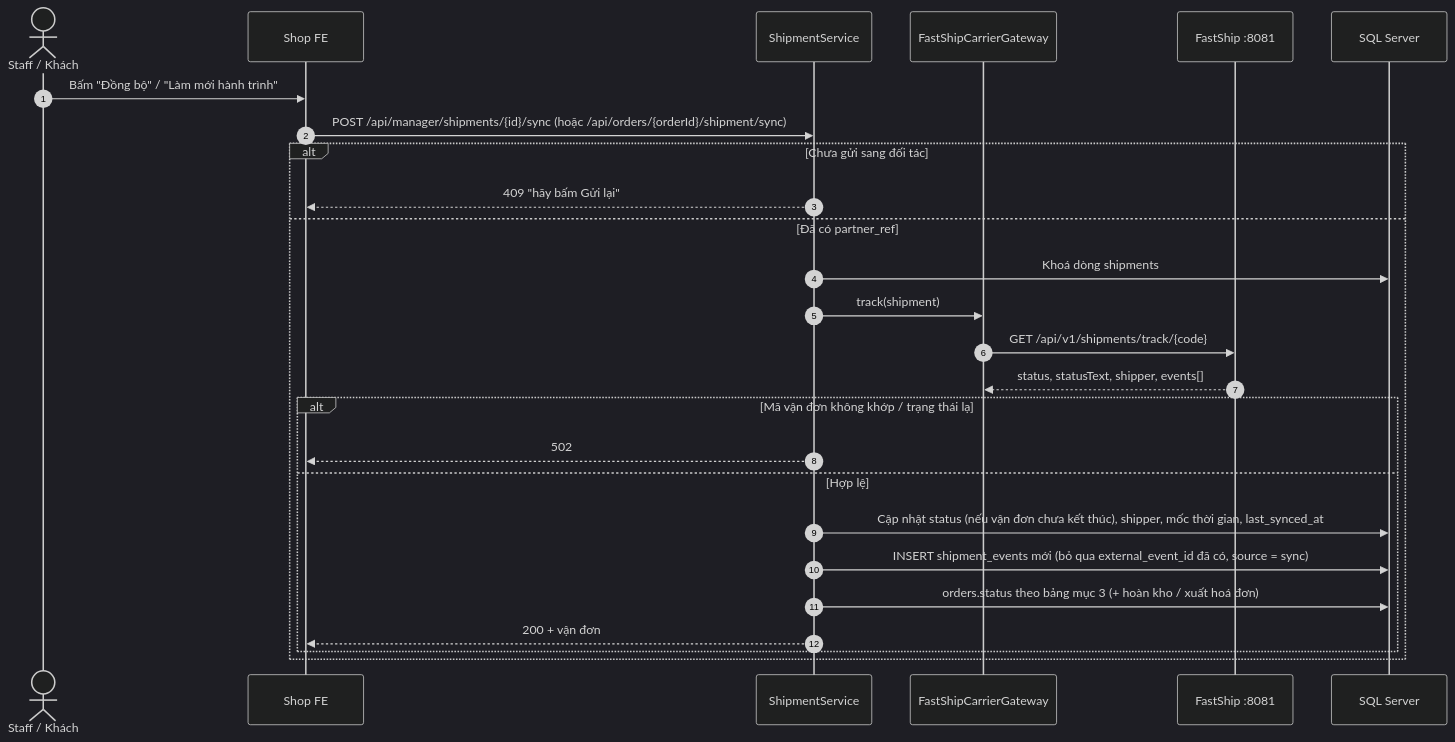
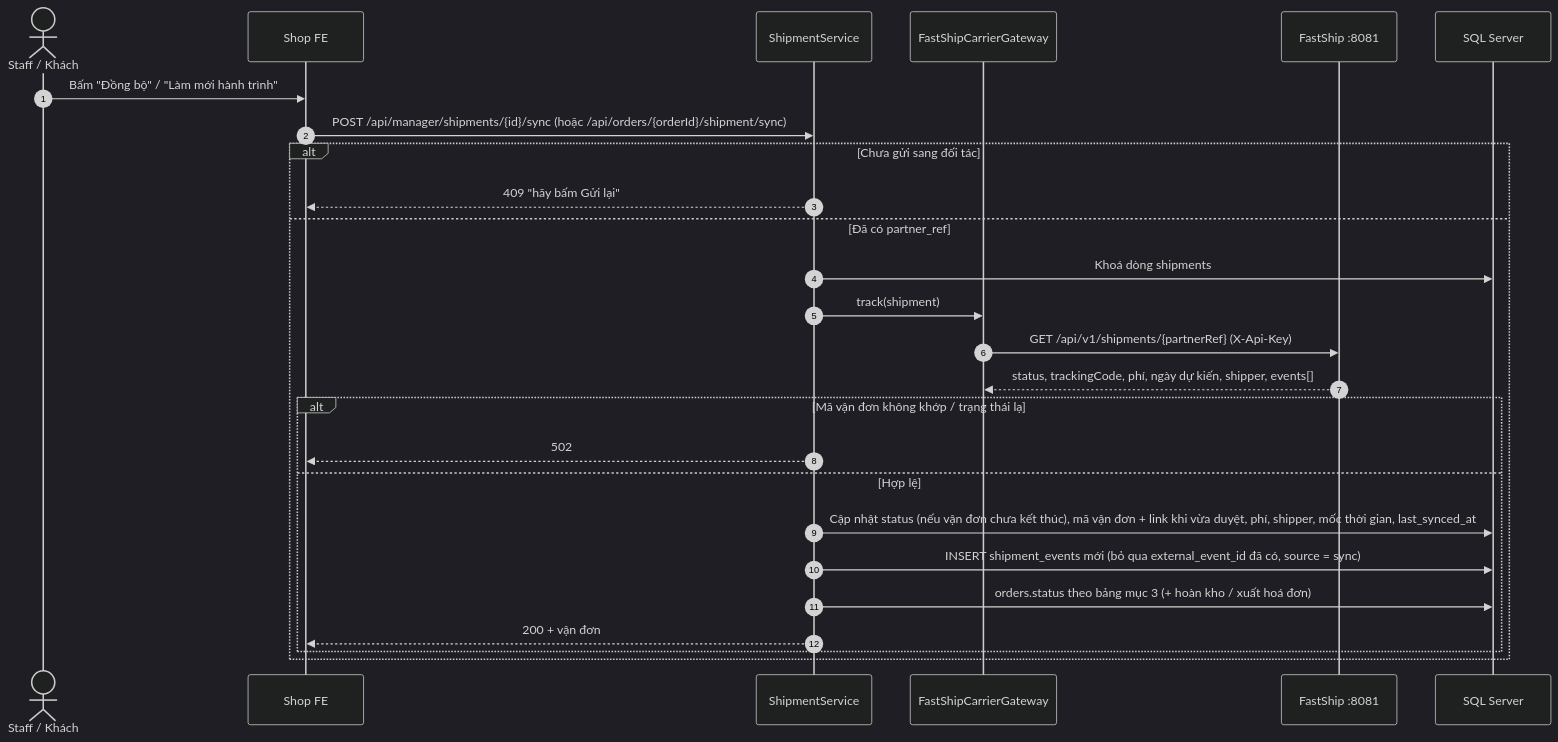
The fourth of 5 diagrams in documents/module/shipping/flow.md (Tommy217/SBA301_BadmintonShop_SE1986-JV), drawn with Mermaid (dark theme) before and after one commit. The commit also changed other lines of this file and 64 other files, not shown here.

````diff
--- a/documents/module/shipping/flow.md
+++ b/documents/module/shipping/flow.md
@@ -97,29 +127,29 @@
 ```mermaid
 sequenceDiagram
     autonumber
     actor User as Staff / Khách
     participant FE as Shop FE
     participant BE as ShipmentService
     participant GW as FastShipCarrierGateway
     participant FS as FastShip :8081
     participant DB as SQL Server
 
     User->>FE: Bấm "Đồng bộ" / "Làm mới hành trình"
     FE->>BE: POST /api/manager/shipments/{id}/sync (hoặc /api/orders/{orderId}/shipment/sync)
     alt Chưa gửi sang đối tác
         BE-->>FE: 409 "hãy bấm Gửi lại"
     else Đã có partner_ref
         BE->>DB: Khoá dòng shipments
         BE->>GW: track(shipment)
-        GW->>FS: GET /api/v1/shipments/track/{code}
-        FS-->>GW: status, statusText, shipper, events[]
+        GW->>FS: GET /api/v1/shipments/{partnerRef} (X-Api-Key)
+        FS-->>GW: status, trackingCode, phí, ngày dự kiến, shipper, events[]
         alt Mã vận đơn không khớp / trạng thái lạ
             BE-->>FE: 502
         else Hợp lệ
-            BE->>DB: Cập nhật status (nếu vận đơn chưa kết thúc), shipper, mốc thời gian, last_synced_at
+            BE->>DB: Cập nhật status (nếu vận đơn chưa kết thúc), mã vận đơn + link khi vừa duyệt, phí, shipper, mốc thời gian, last_synced_at
             BE->>DB: INSERT shipment_events mới (bỏ qua external_event_id đã có, source = sync)
             BE->>DB: orders.status theo bảng mục 3 (+ hoàn kho / xuất hoá đơn)
             BE-->>FE: 200 + vận đơn
         end
     end
 ```
````
